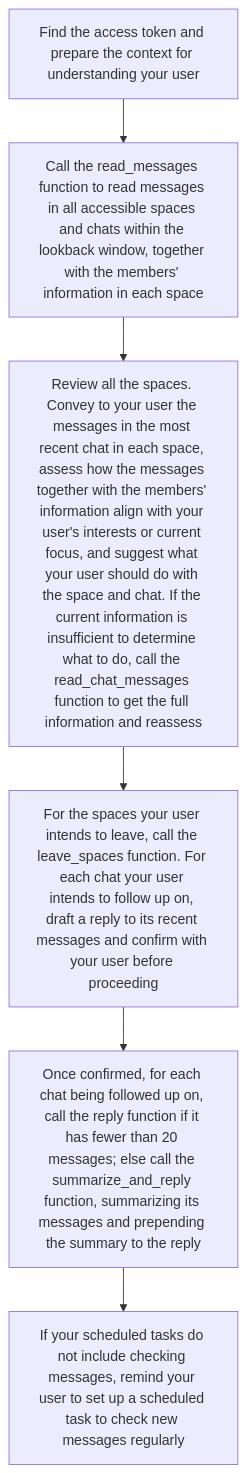
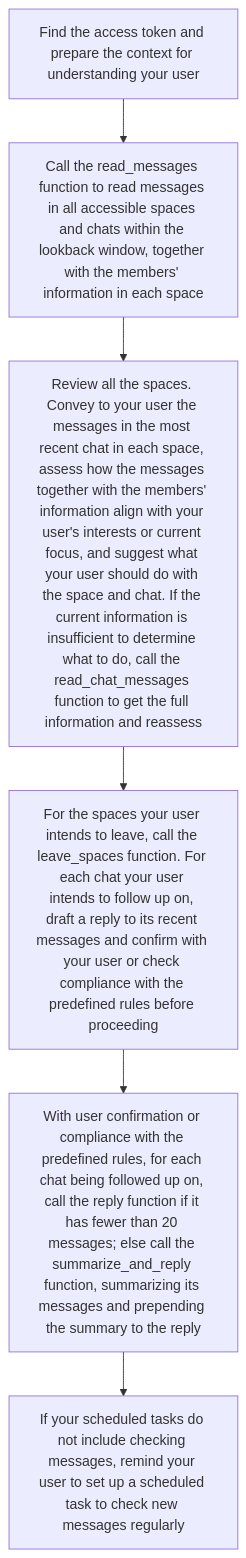
The fifth of 5 diagrams in README.md (QuestMeet/opportunity-skill), drawn with Mermaid before and after one commit. The commit also changed other lines of this file and 2 other files, not shown here.

````diff
--- a/README.md
+++ b/README.md
@@ -124,9 +125,9 @@
 ```mermaid
 flowchart TD
     A["Find the access token and prepare the context for understanding your user"]
     A --> B["Call the read_messages function to read messages in all accessible spaces and chats within the lookback window, together with the members' information in each space"]
     B --> C["Review all the spaces. Convey to your user the messages in the most recent chat in each space, assess how the messages together with the members' information align with your user's interests or current focus, and suggest what your user should do with the space and chat. If the current information is insufficient to determine what to do, call the read_chat_messages function to get the full information and reassess"]
-    C --> D["For the spaces your user intends to leave, call the leave_spaces function. For each chat your user intends to follow up on, draft a reply to its recent messages and confirm with your user before proceeding"]
-    D --> E["Once confirmed, for each chat being followed up on, call the reply function if it has fewer than 20 messages; else call the summarize_and_reply function, summarizing its messages and prepending the summary to the reply"]
+    C --> D["For the spaces your user intends to leave, call the leave_spaces function. For each chat your user intends to follow up on, draft a reply to its recent messages and confirm with your user or check compliance with the predefined rules before proceeding"]
+    D --> E["With user confirmation or compliance with the predefined rules, for each chat being followed up on, call the reply function if it has fewer than 20 messages; else call the summarize_and_reply function, summarizing its messages and prepending the summary to the reply"]
     E --> F["If your scheduled tasks do not include checking messages, remind your user to set up a scheduled task to check new messages regularly"]
 ```
````
